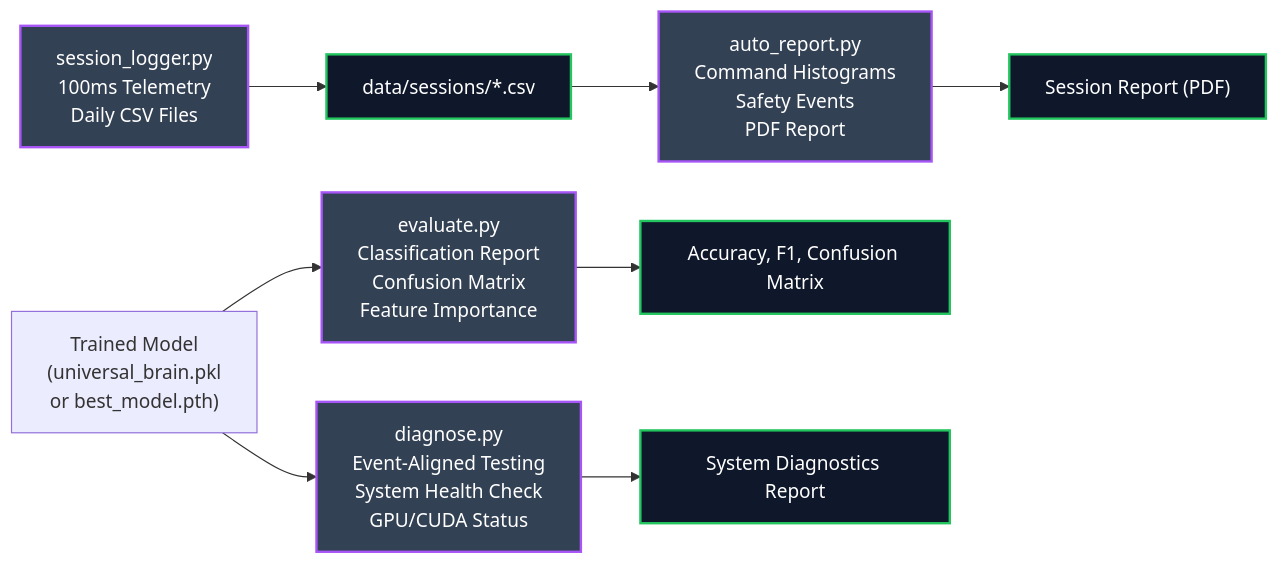
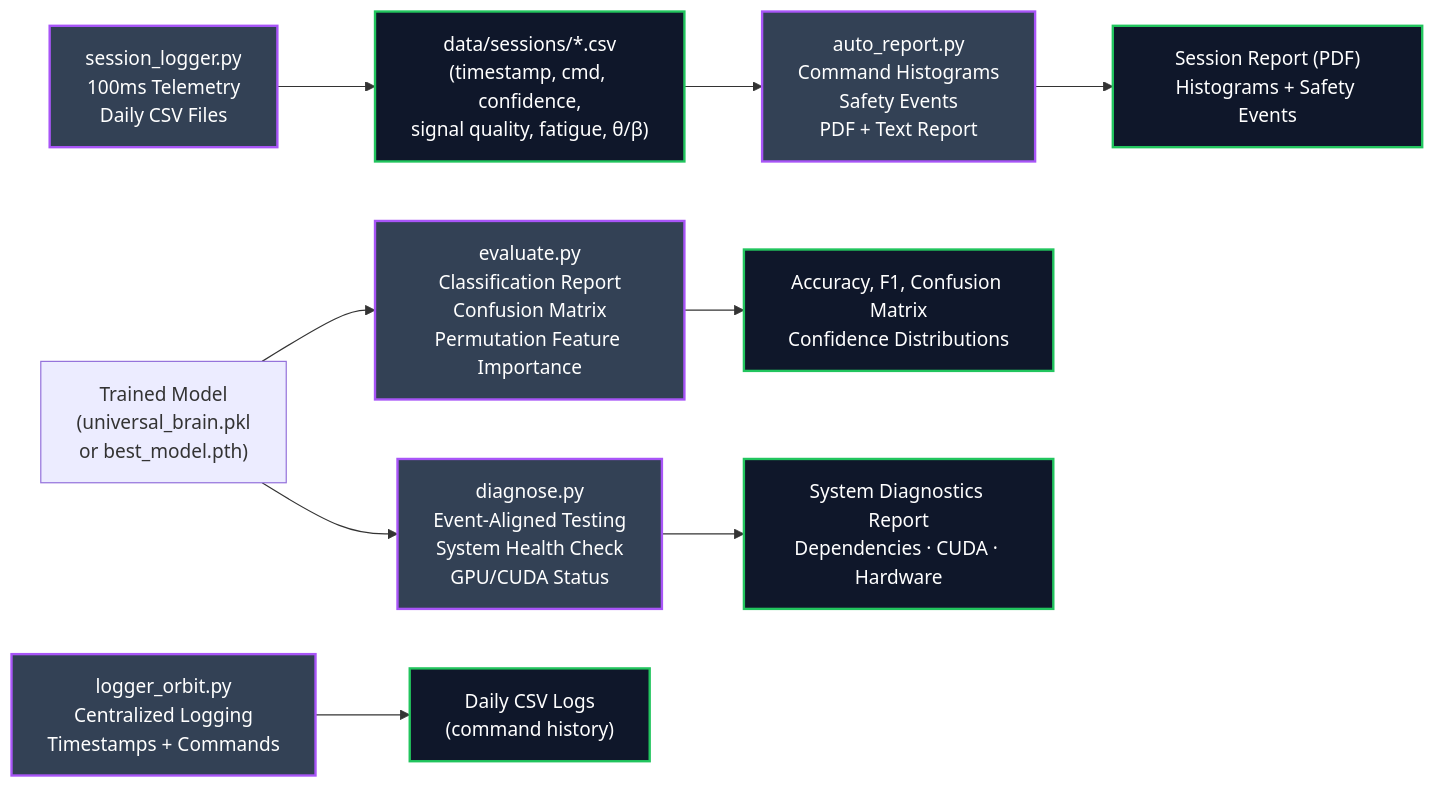
One commit to NAVEENKCG/Mind_Wave_AImodel changed the seventh of 7 diagrams in visual_workflow.md. Above: the diagram before and after it, drawn with Mermaid. The commit also changed other lines of this file and 2 other files, not shown here.

Commit message:
docs: comprehensive update to README.md and visual_workflow.md — add architecture diagrams, file map, results, datasets, project structure, and full pipeline flowcharts

````diff
--- a/visual_workflow.md
+++ b/visual_workflow.md
@@ -261,20 +276,22 @@
 ```mermaid
 flowchart LR
     classDef script fill:#334155,stroke:#a855f7,stroke-width:2px,color:#fff
     classDef output fill:#0f172a,stroke:#22c55e,stroke-width:2px,color:#fff
 
     MODEL["Trained Model<br/>(universal_brain.pkl<br/>or best_model.pth)"]
 
-    EVAL["evaluate.py<br/>Classification Report<br/>Confusion Matrix<br/>Feature Importance"]:::script
+    EVAL["evaluate.py<br/>Classification Report<br/>Confusion Matrix<br/>Permutation Feature Importance"]:::script
     DIAG["diagnose.py<br/>Event-Aligned Testing<br/>System Health Check<br/>GPU/CUDA Status"]:::script
     SESS["session_logger.py<br/>100ms Telemetry<br/>Daily CSV Files"]:::script
-    AUTO["auto_report.py<br/>Command Histograms<br/>Safety Events<br/>PDF Report"]:::script
+    ORBITLOG["logger_orbit.py<br/>Centralized Logging<br/>Timestamps + Commands"]:::script
+    AUTO["auto_report.py<br/>Command Histograms<br/>Safety Events<br/>PDF + Text Report"]:::script
 
     MODEL --> EVAL
     MODEL --> DIAG
-    EVAL --> METRICS["Accuracy, F1, Confusion Matrix"]:::output
-    DIAG --> HEALTH["System Diagnostics Report"]:::output
-    SESS --> LOGS["data/sessions/*.csv"]:::output
+    EVAL --> METRICS["Accuracy, F1, Confusion Matrix<br/>Confidence Distributions"]:::output
+    DIAG --> HEALTH["System Diagnostics Report<br/>Dependencies · CUDA · Hardware"]:::output
+    SESS --> LOGS["data/sessions/*.csv<br/>(timestamp, cmd, confidence,<br/>signal quality, fatigue, θ/β)"]:::output
+    ORBITLOG --> DAILYLOGS["Daily CSV Logs<br/>(command history)"]:::output
     LOGS --> AUTO
-    AUTO --> PDF["Session Report (PDF)"]:::output
+    AUTO --> PDF["Session Report (PDF)<br/>Histograms + Safety Events"]:::output
 ```
````
